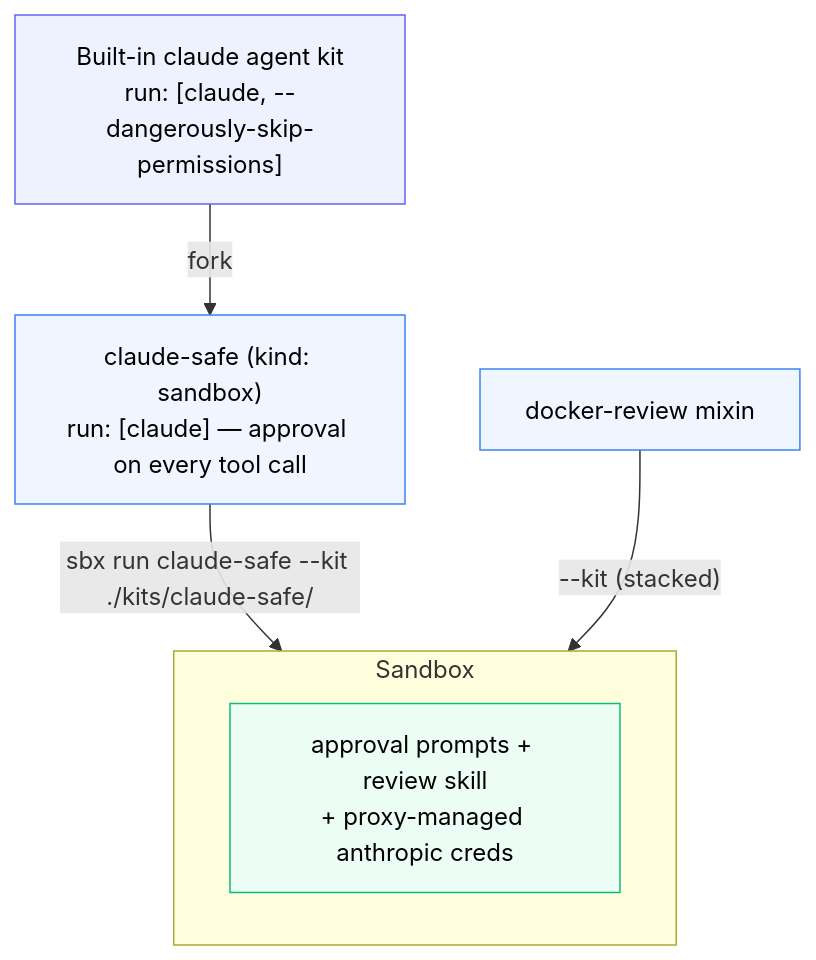
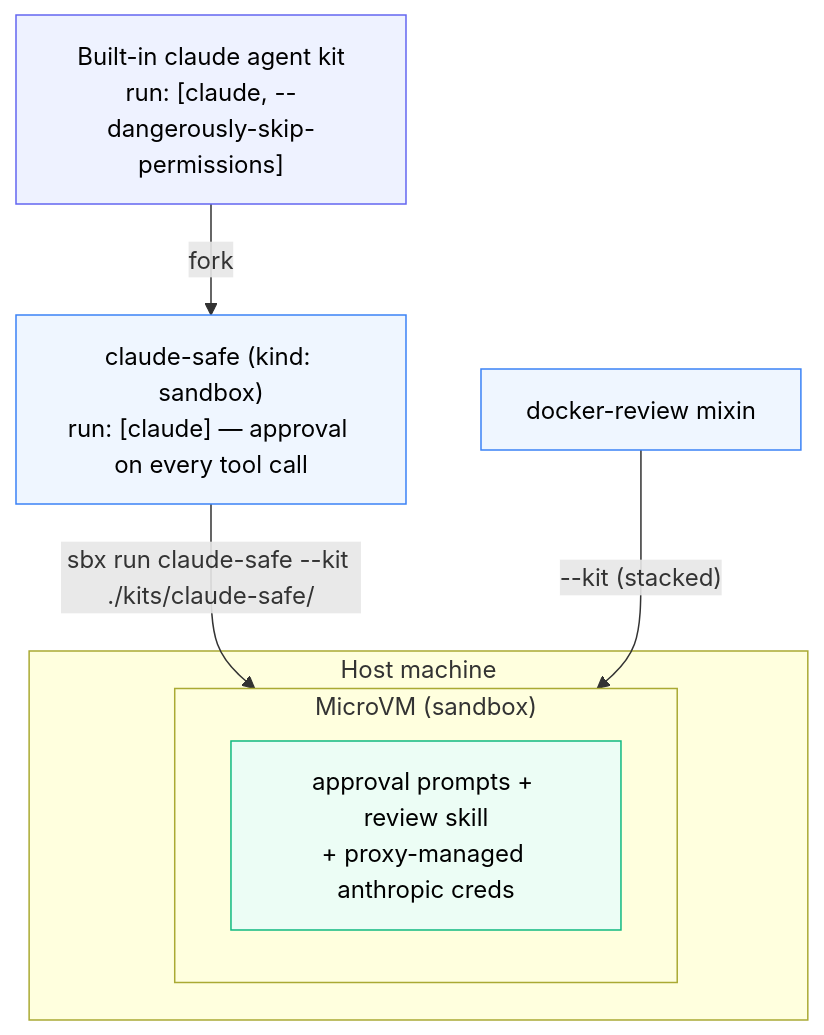
One commit to ajeetraina/labspace-docker-ai-governance changed the diagram in labspace/kits/04-agent-kit.md. Above: the diagram before and after it, drawn with Mermaid. The commit also changed 6 other files, not shown here.

First line of the commit message:
Frame kit diagrams with Host machine + MicroVM for visual uniformity

````diff
--- a/labspace/kits/04-agent-kit.md
+++ b/labspace/kits/04-agent-kit.md
@@ -3,17 +3,19 @@
 ```mermaid
 flowchart TB
     BUILTIN["Built-in claude agent kit<br/>run: [claude, --dangerously-skip-permissions]"]
     BUILTIN -- fork --> SAFE["claude-safe (kind: sandbox)<br/>run: [claude] — approval on every tool call"]
     SAFE -- "sbx run claude-safe --kit ./kits/claude-safe/" --> VM
     MIXIN["docker-review mixin"] -- "--kit (stacked)" --> VM
-    subgraph VM["Sandbox"]
-        A["approval prompts + review skill<br/>+ proxy-managed anthropic creds"]
+    subgraph HOST["Host machine"]
+        subgraph VM["MicroVM (sandbox)"]
+            A["approval prompts + review skill<br/>+ proxy-managed anthropic creds"]
+        end
     end
 
     classDef base fill:#eef2ff,stroke:#6366f1,color:#000
     classDef kit fill:#eff6ff,stroke:#3b82f6,color:#000
     classDef vm fill:#ecfdf5,stroke:#10b981,color:#000
     class BUILTIN base
     class SAFE,MIXIN kit
     class A vm
 ```
````
